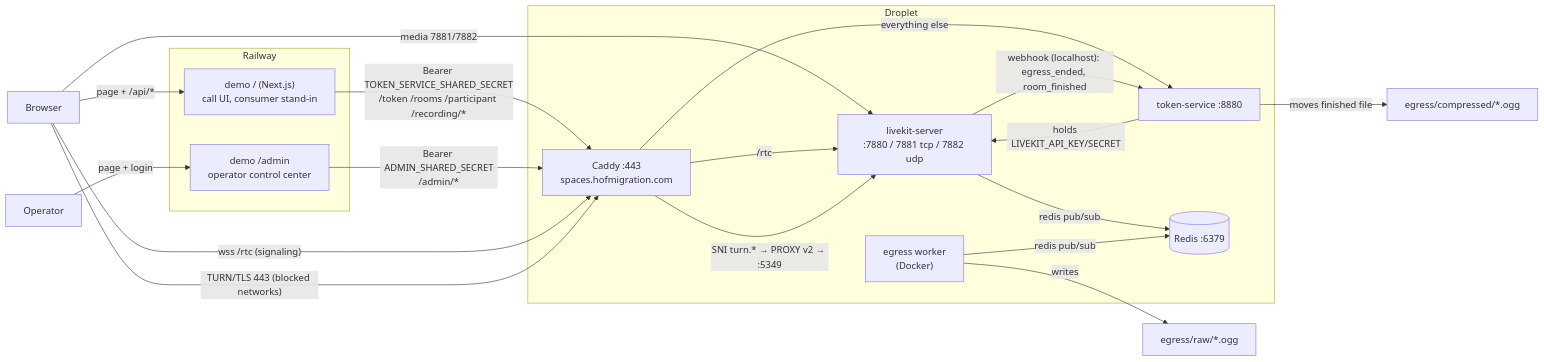
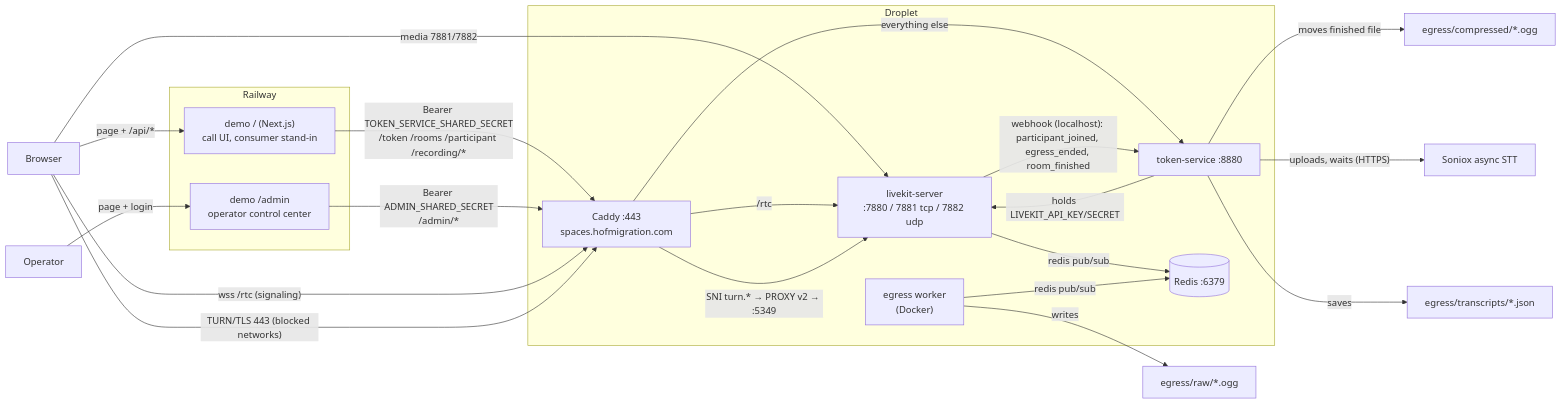
The diagram in AGENTS.md (mustafa-bhatti12/spaces), drawn with Mermaid before and after one commit. The commit also changed other lines of this file and 18 other files, not shown here.

````diff
--- a/AGENTS.md
+++ b/AGENTS.md
@@ -42,30 +42,32 @@
 ```mermaid
 graph LR
   subgraph Railway
     DM["demo / (Next.js)\ncall UI, consumer stand-in"]
     AD["demo /admin\noperator control center"]
   end
   subgraph Droplet
     CA["Caddy :443\nspaces.hofmigration.com"]
     TS["token-service :8880"]
     LK["livekit-server\n:7880 / 7881 tcp / 7882 udp"]
     RD[(Redis :6379)]
     EG["egress worker\n(Docker)"]
   end
   Browser -->|page + /api/*| DM
   Operator -->|page + login| AD
   DM -->|"Bearer TOKEN_SERVICE_SHARED_SECRET\n/token /rooms /participant /recording/*"| CA
   AD -->|"Bearer ADMIN_SHARED_SECRET\n/admin/*"| CA
   Browser -->|"wss /rtc (signaling)"| CA
   Browser -->|"media 7881/7882"| LK
   Browser -->|"TURN/TLS 443 (blocked networks)"| CA
   CA -->|/rtc| LK
   CA -->|"SNI turn.* → PROXY v2 → :5349"| LK
   CA -->|everything else| TS
   TS -->|holds LIVEKIT_API_KEY/SECRET| LK
   LK -->|redis pub/sub| RD
   EG -->|redis pub/sub| RD
   EG -->|writes| RAW[egress/raw/*.ogg]
-  LK -->|"webhook (localhost): egress_ended, room_finished"| TS
+  LK -->|"webhook (localhost): participant_joined, egress_ended, room_finished"| TS
   TS -->|"moves finished file"| COMP[egress/compressed/*.ogg]
+  TS -->|"uploads, waits (HTTPS)"| SX[Soniox async STT]
+  TS -->|"saves"| TR[egress/transcripts/*.json]
 ```
````
